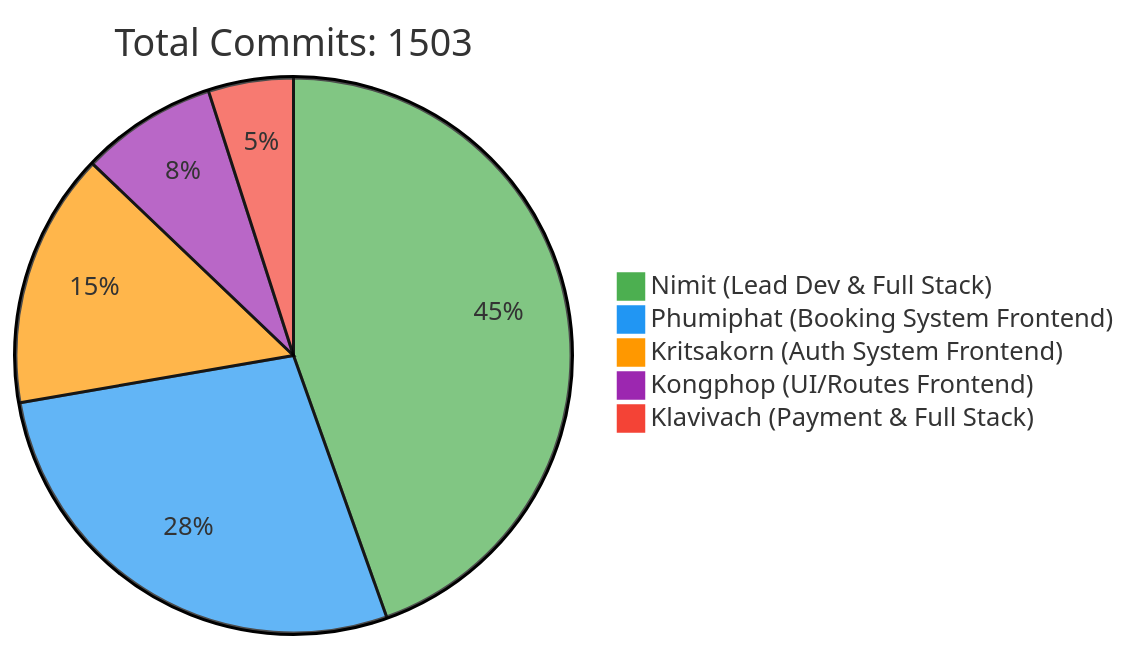
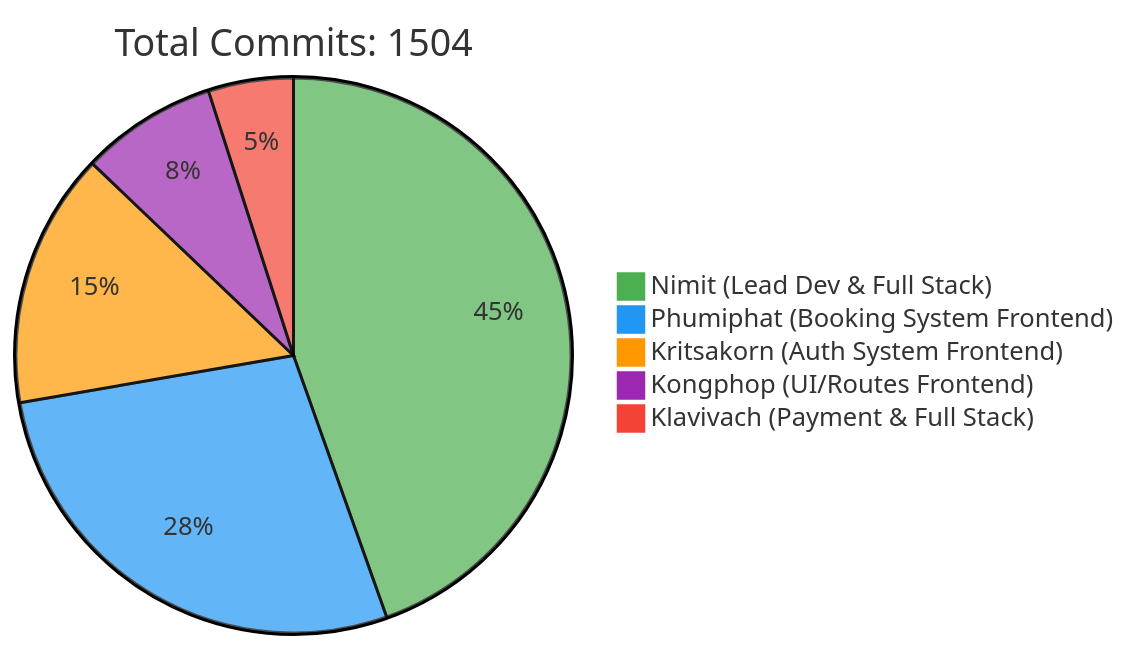
Before and after one commit to 6531503042/Sport-Complex: the first of 2 diagrams in README.md, drawn with Mermaid. The commit also changed other lines of this file, not shown here.

Commit message:
docs: Update contributor statistics [skip ci]

````diff
--- a/README.md
+++ b/README.md
@@ -257,10 +257,10 @@
 ```mermaid
 %%{init: {'theme': 'base', 'themeVariables': { 'pie1': '#4CAF50', 'pie2': '#2196F3', 'pie3': '#FF9800', 'pie4': '#9C27B0', 'pie5': '#F44336'}}}%%
 pie
-    title Total Commits: 1503
+    title Total Commits: 1504
     "Nimit (Lead Dev & Full Stack)" : 450
     "Phumiphat (Booking System Frontend)" : 280
     "Kritsakorn (Auth System Frontend)" : 150
     "Kongphop (UI/Routes Frontend)" : 80
     "Klavivach (Payment & Full Stack)" : 50
 ```
````
